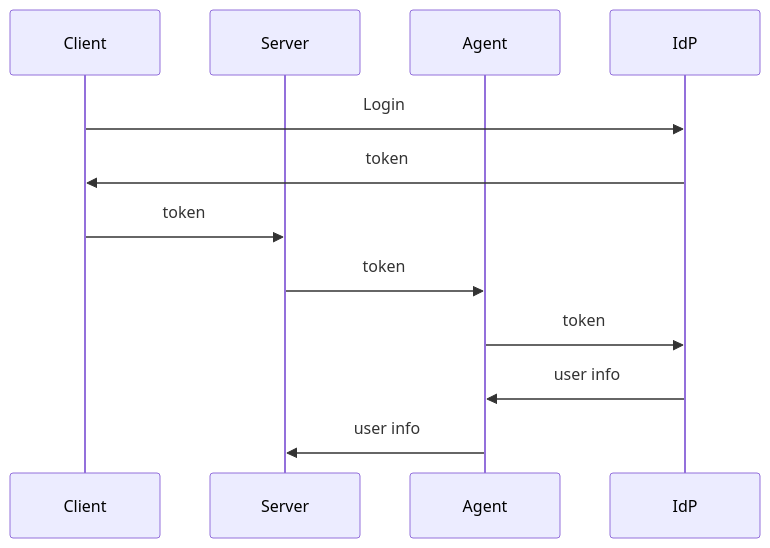
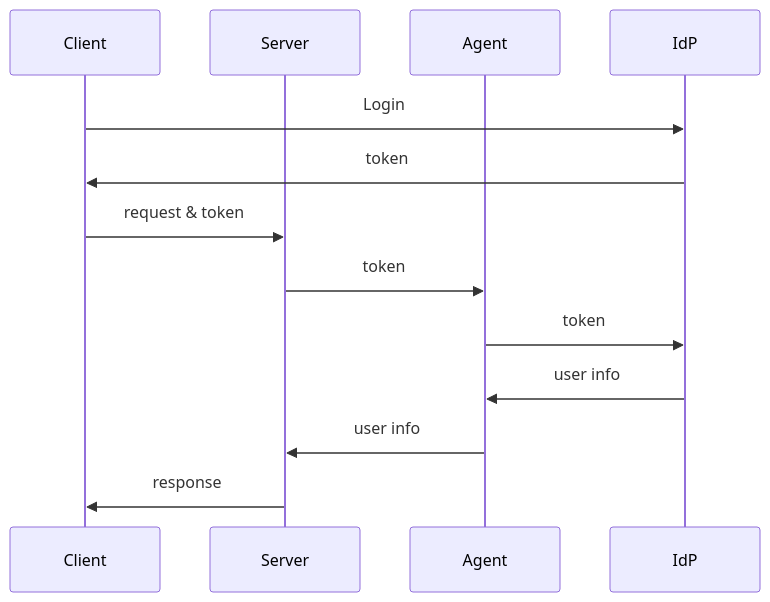
Before and after one commit to BugbearR/mermaid-doc-exp: the diagram in SSO_Agent_method.md, drawn with Mermaid.

````diff
--- a/SSO_Agent_method.md
+++ b/SSO_Agent_method.md
@@ -1,14 +1,15 @@
 ```mermaid
 sequenceDiagram
     participant Client
     participant Server
     participant Agent
     participant IdP
     Client->>IdP: Login
     IdP->>Client: token
-    Client->>Server: token
+    Client->>Server: request & token
     Server->>Agent: token
     Agent->>IdP: token
     IdP->>Agent: user info
     Agent->>Server: user info
+    Server->>Client: response
 ```
````
